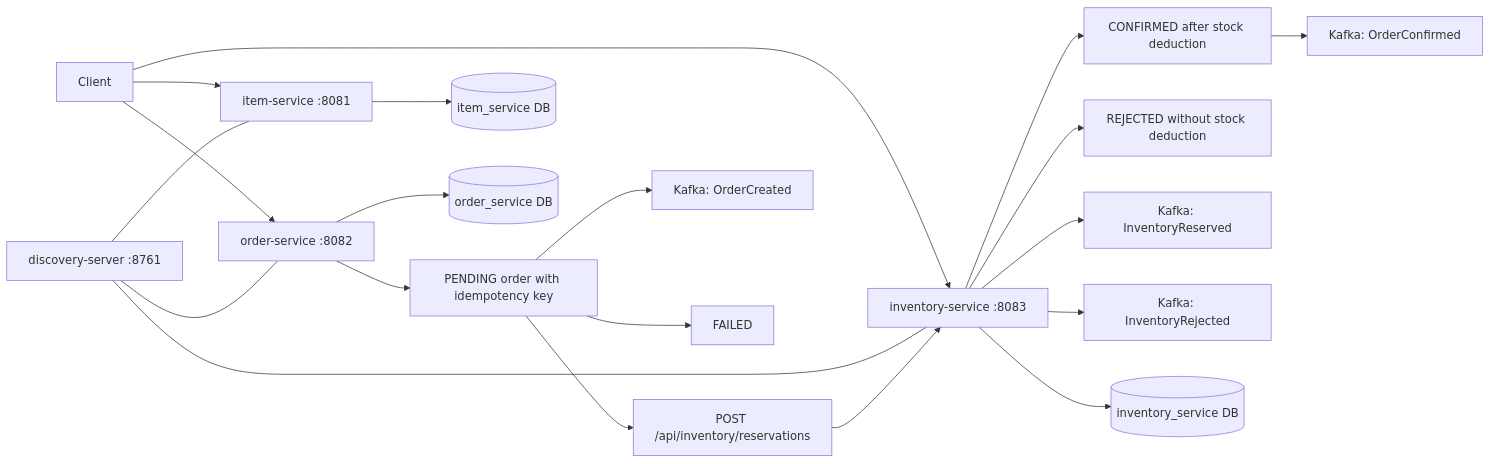
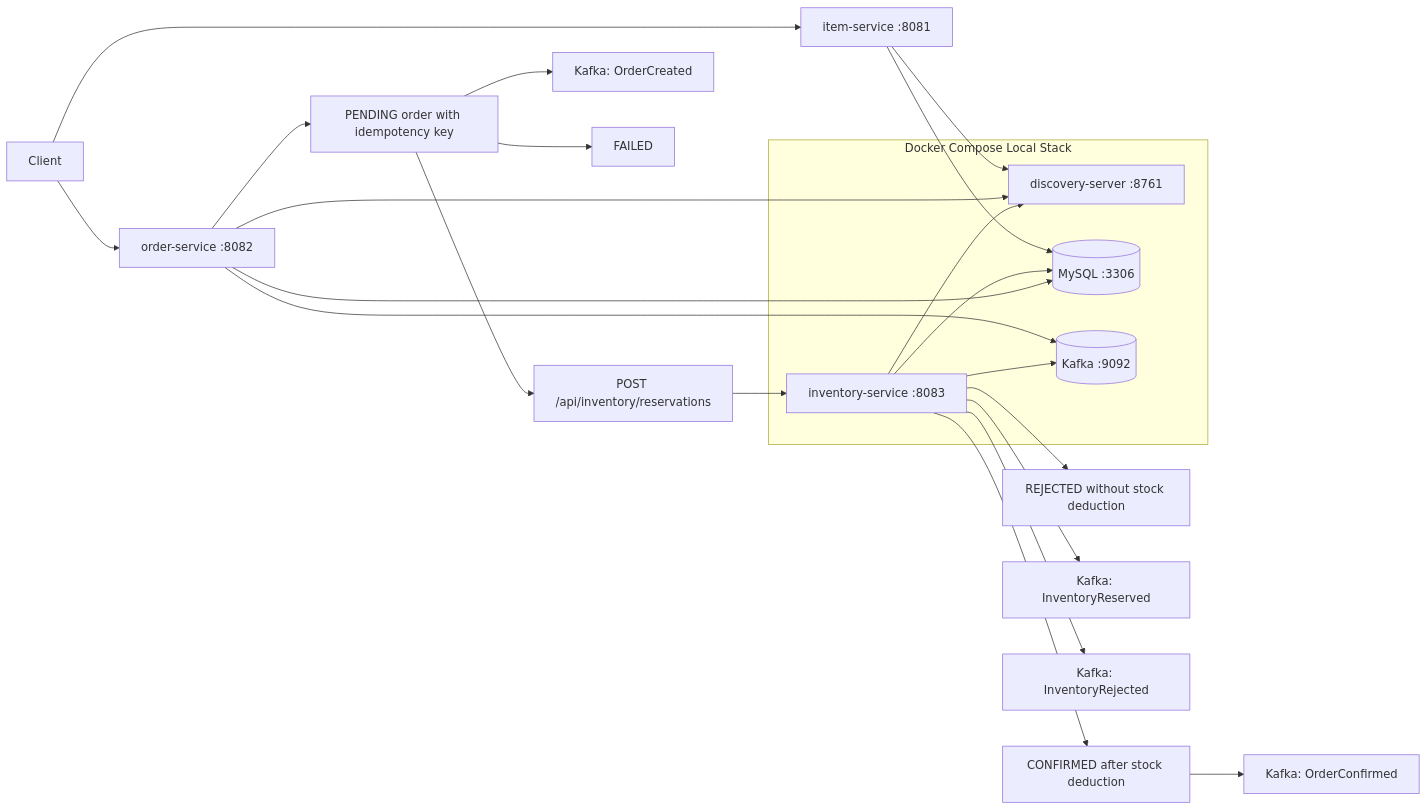
One commit to byte2code/cnkart changed the diagram in README.md. Above: the diagram before and after it, drawn with Mermaid. The commit also changed other lines of this file and 12 other files, not shown here.

Commit message:
Add Docker Compose local stack

````diff
--- a/README.md
+++ b/README.md
@@ -226,24 +246,32 @@
 ```mermaid
 flowchart LR
-    Client[Client] --> Order["order-service :8082"]
-    Client --> Item["item-service :8081"]
-    Client --> Inventory["inventory-service :8083"]
+    Client[Client] --> Item["item-service :8081"]
+    Client --> Order["order-service :8082"]
 
-    Discovery["discovery-server :8761"] --- Item
-    Discovery --- Inventory
-    Discovery --- Order
+    subgraph Compose["Docker Compose Local Stack"]
+        Discovery["discovery-server :8761"]
+        Inventory["inventory-service :8083"]
+        MySQL[(MySQL :3306)]
+        Kafka[(Kafka :9092)]
+    end
+
+    Item --> Discovery
+    Order --> Discovery
+    Inventory --> Discovery
 
     Order --> Pending["PENDING order with idempotency key"]
     Pending --> Reservation["POST /api/inventory/reservations"]
     Reservation --> Inventory
     Pending --> OrderCreated["Kafka: OrderCreated"]
     Inventory --> Confirmed["CONFIRMED after stock deduction"]
     Inventory --> Rejected["REJECTED without stock deduction"]
     Inventory --> InventoryReserved["Kafka: InventoryReserved"]
     Inventory --> InventoryRejected["Kafka: InventoryRejected"]
     Confirmed --> OrderConfirmed["Kafka: OrderConfirmed"]
     Pending --> Failed["FAILED"]
-    Item --> ItemDB[(item_service DB)]
-    Inventory --> InvDB[(inventory_service DB)]
-    Order --> OrderDB[(order_service DB)]
+    Item --> MySQL
+    Inventory --> MySQL
+    Order --> MySQL
+    Order --> Kafka
+    Inventory --> Kafka
 ```
````
